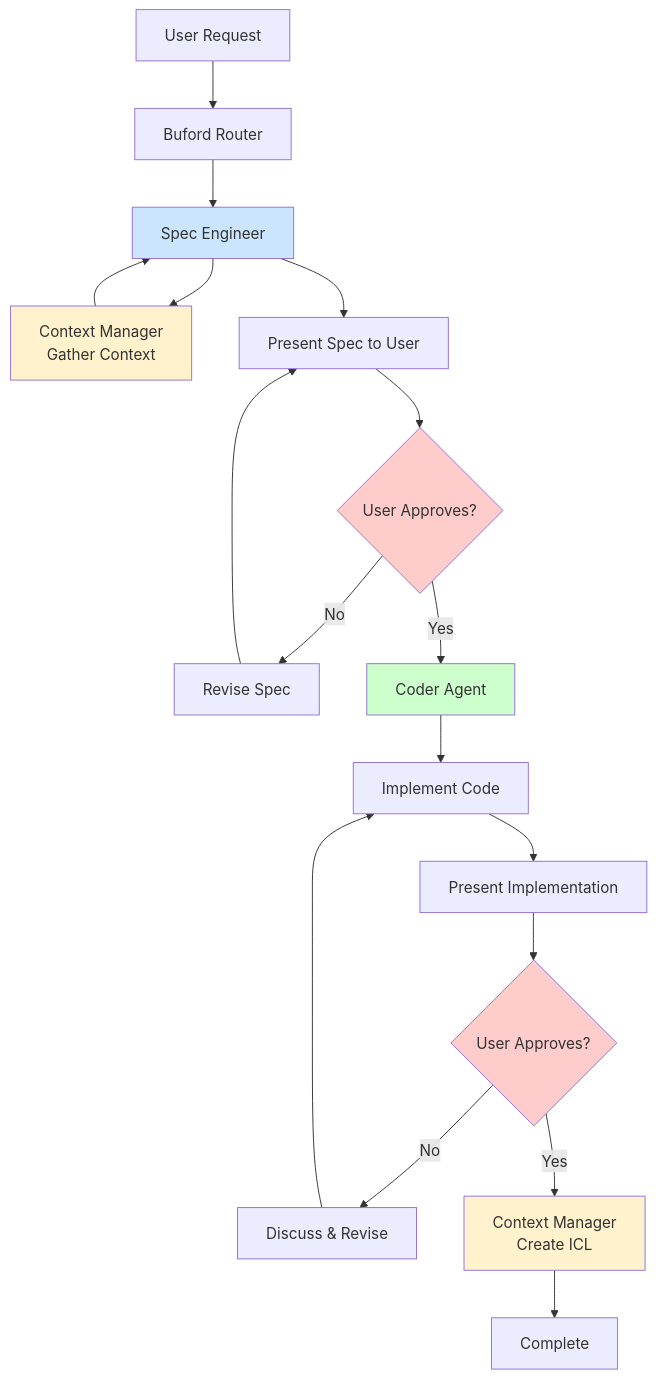
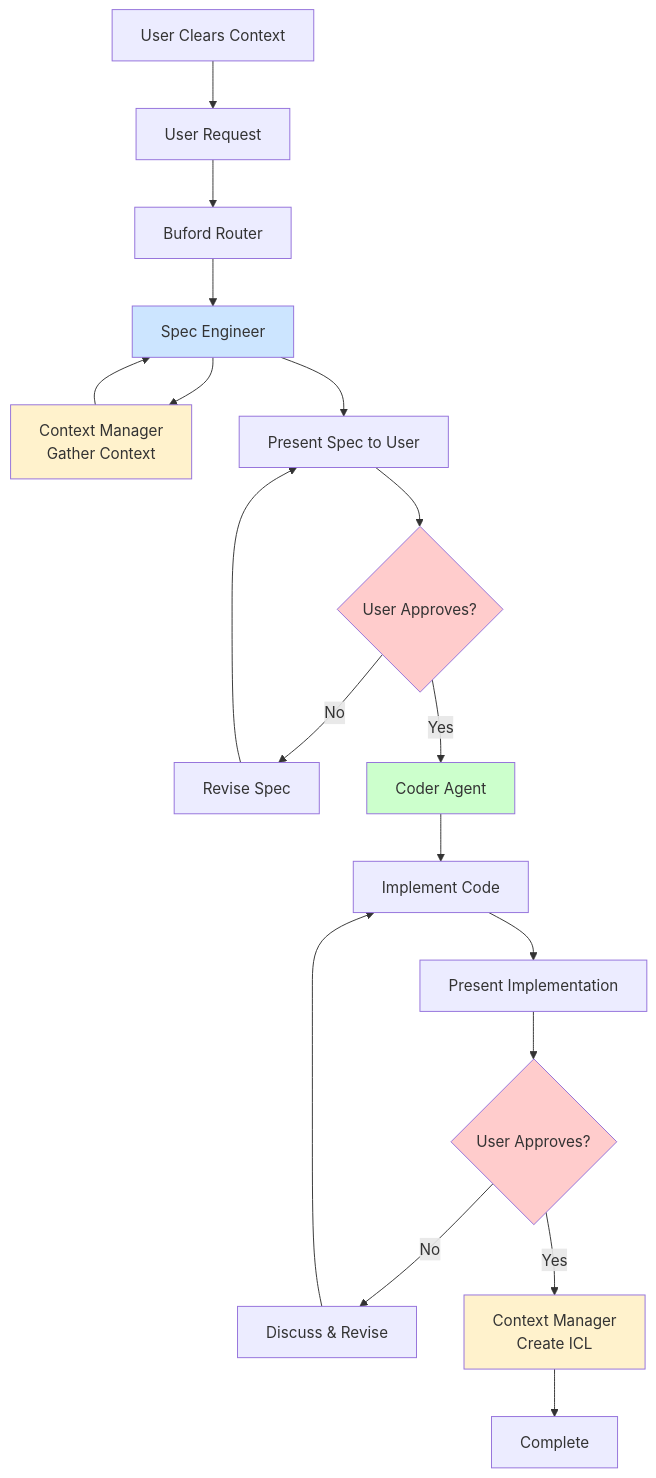
One commit to MarceloEmmerich/Buford changed the diagram in README.md. Above: the diagram before and after it, drawn with Mermaid. The commit also changed other lines of this file, not shown here.

````diff
--- a/README.md
+++ b/README.md
@@ -94,26 +166,27 @@
 ```mermaid
 flowchart TD
-    A[User Request] --> B[Buford Router]
-    B --> C[Spec Engineer]
-    C --> D[Context Manager<br/>Gather Context]
-    D --> C
-    C --> E[Present Spec to User]
-    E --> F{User Approves?}
-    F -->|No| G[Revise Spec]
-    G --> E
-    F -->|Yes| H[Coder Agent]
-    H --> I[Implement Code]
-    I --> J[Present Implementation]
-    J --> K{User Approves?}
-    K -->|No| L[Discuss & Revise]
-    L --> I
-    K -->|Yes| M[Context Manager<br/>Create ICL]
-    M --> N[Complete]
-    
-    style F fill:#ffcccc
-    style K fill:#ffcccc
-    style C fill:#cce5ff
-    style H fill:#ccffcc
-    style D fill:#fff2cc
-    style M fill:#fff2cc
+  Z[User Clears Context] --> A[User Request]
+  A --> B[Buford Router]
+  B --> C[Spec Engineer]
+  C --> D[Context Manager<br/>Gather Context]
+  D --> C
+  C --> E[Present Spec to User]
+  E --> F{User Approves?}
+  F -->|No| G[Revise Spec]
+  G --> E
+  F -->|Yes| H[Coder Agent]
+  H --> I[Implement Code]
+  I --> J[Present Implementation]
+  J --> K{User Approves?}
+  K -->|No| L[Discuss & Revise]
+  L --> I
+  K -->|Yes| M[Context Manager<br/>Create ICL]
+  M --> N[Complete]
+  
+  style F fill:#ffcccc
+  style K fill:#ffcccc
+  style C fill:#cce5ff
+  style H fill:#ccffcc
+  style D fill:#fff2cc
+  style M fill:#fff2cc
 ```
````
